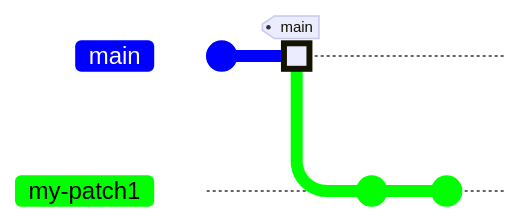
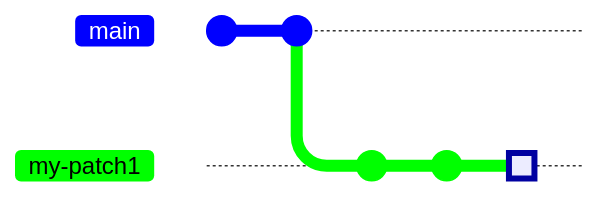
Before and after one commit to BobKerns/rebase-demo3: the first of 2 diagrams in README.md, drawn with Mermaid. The commit also changed other lines of this file, not shown here. Commit ids are hidden.

````diff
--- a/README.md
+++ b/README.md
@@ -80,11 +81,12 @@
 ```mermaid
 gitGraph%%{init { 'theme': 'default', 'themeVariables': {
     'git0': '#0000ff',
     'git1': '#00ff00'
 } } }%%
-commit
-commit tag: "main" type: HIGHLIGHT
+commit id: "Initial commit"
+commit id: "main"
 branch my-patch1
+commit id: "feature1"
 commit id: "fix-1"
-commit id: "fix-2"
+commit id: "fix-2" type: HIGHLIGHT
 ```
````
